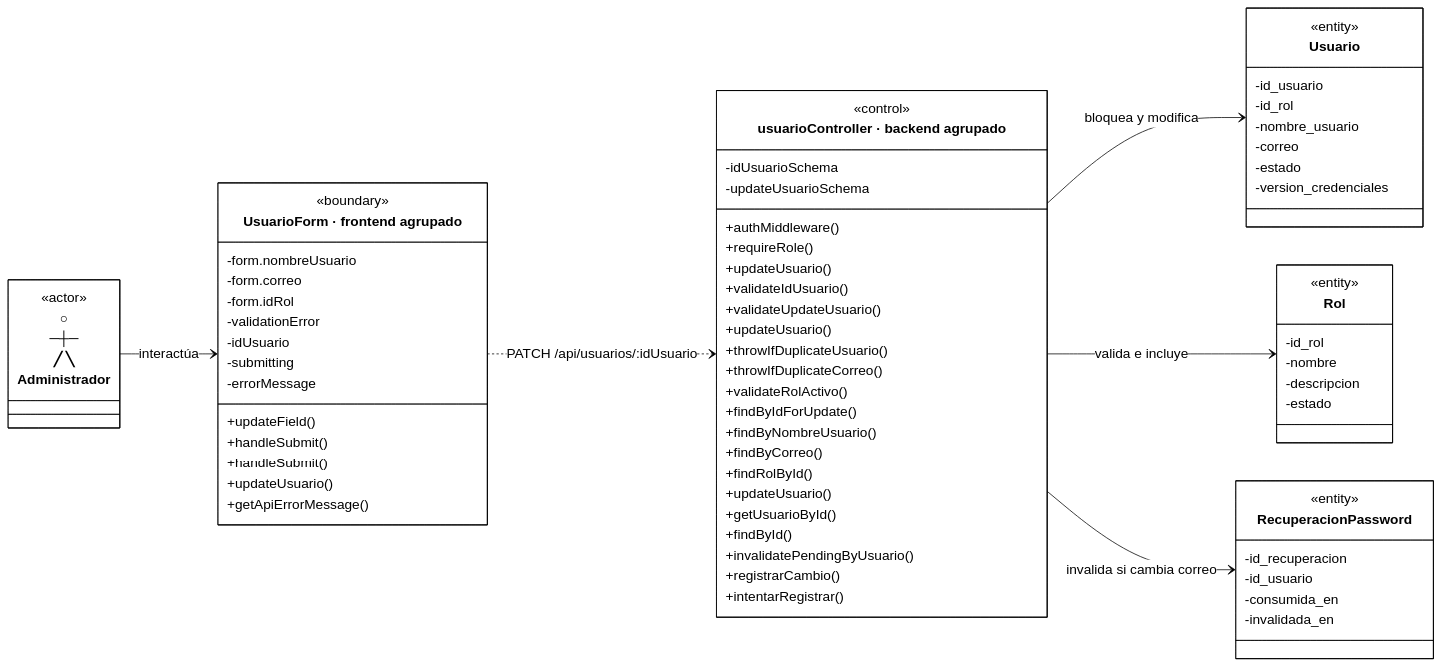
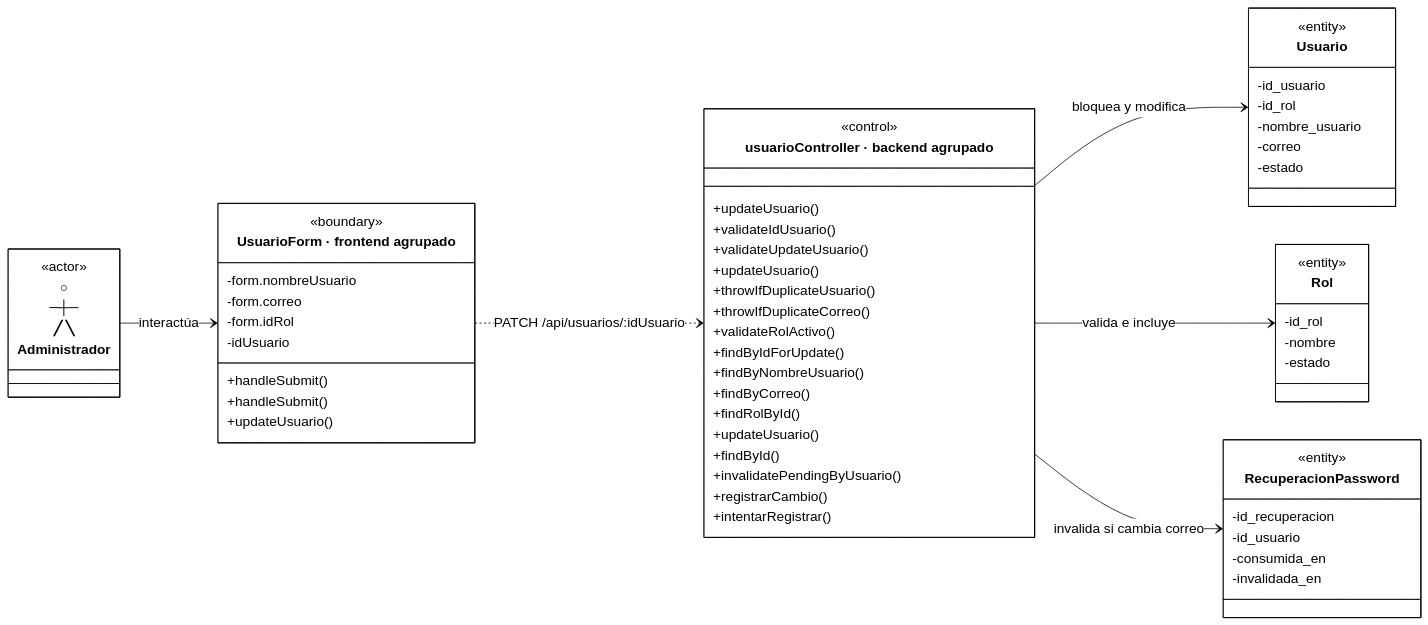
Before and after one commit to CreepyBowDev/cadefar-inventory-system: the sixth of 35 diagrams in docs/ai/analisis-clases-academico-simplificado.md, drawn with Mermaid. The commit also changed other lines of this file, not shown here.

````diff
--- a/docs/ai/analisis-clases-academico-simplificado.md
+++ b/docs/ai/analisis-clases-academico-simplificado.md
@@ -448,82 +410,70 @@
 ```mermaid
-%%{init: {"theme":"base","htmlLabels":true,"markdownAutoWrap":false,"class":{"useMaxWidth":false},"themeCSS":".node.actor .label-container path{stroke:none!important;fill:none!important;} .node.actor .divider{display:none;} .nodeLabel{color:#000000!important;} .node .label div{display:table-cell!important;white-space:nowrap!important;max-width:none!important;} .control .methods-group .label:nth-child(3) p::after{content:\" [controller]\";} .control .methods-group .label:nth-child(6) p::after{content:\" [service]\";} .control .methods-group .label:nth-child(18) p::after{content:\" [auditoria]\";} .control .methods-group .label:nth-child(19) p::after{content:\" [auditoria]\";}","themeVariables":{"background":"#ffffff","primaryColor":"#ffffff","primaryTextColor":"#000000","primaryBorderColor":"#000000","secondaryColor":"#ffffff","tertiaryColor":"#ffffff","lineColor":"#000000","textColor":"#000000","fontFamily":"Arial","fontSize":"18px"}}}%%
+%%{init: {"theme":"base","htmlLabels":true,"markdownAutoWrap":false,"class":{"useMaxWidth":false},"themeCSS":".node.actor .label-container path{stroke:none!important;fill:none!important;} .node.actor .divider{display:none;} .nodeLabel{color:#000000!important;} .node .label div{display:table-cell!important;white-space:nowrap!important;max-width:none!important;} .control .methods-group .label:nth-child(1) p::after{content:\" [controller]\";}.control .methods-group .label:nth-child(4) p::after{content:\" [service]\";}.control .methods-group .label:nth-child(15) p::after{content:\" [auditoria]\";}.control .methods-group .label:nth-child(16) p::after{content:\" [auditoria]\";}","themeVariables":{"background":"#ffffff","primaryColor":"#ffffff","primaryTextColor":"#000000","primaryBorderColor":"#000000","secondaryColor":"#ffffff","tertiaryColor":"#ffffff","lineColor":"#000000","textColor":"#000000","fontFamily":"Arial","fontSize":"18px"}}}%%
 %%{init: {"state":{"useMaxWidth":false}}}%%
 classDiagram
     direction LR
     class Administrador["○<br/>─┼─<br/>╱ ╲<br/>Administrador"]
     class Administrador { <<actor>> }
     class Boundary["UsuarioForm · frontend agrupado"] {
         <<boundary>>
         -form.nombreUsuario
         -form.correo
         -form.idRol
-        -validationError
         -idUsuario
-        -submitting
-        -errorMessage
-        +updateField()
         +handleSubmit()
         +handleSubmit()
         +updateUsuario()
-        +getApiErrorMessage()
     }
     class Control["usuarioController · backend agrupado"] {
         <<control>>
-        -idUsuarioSchema
-        -updateUsuarioSchema
-        +authMiddleware()
-        +requireRole()
         %% updateUsuario() [controller]
         +updateUsuario()
         +validateIdUsuario()
         +validateUpdateUsuario()
         %% updateUsuario() [service]
         +updateUsuario()
         +throwIfDuplicateUsuario()
         +throwIfDuplicateCorreo()
         +validateRolActivo()
         +findByIdForUpdate()
         +findByNombreUsuario()
         +findByCorreo()
         +findRolById()
         +updateUsuario()
-        +getUsuarioById()
         +findById()
         +invalidatePendingByUsuario()
         %% registrarCambio() [auditoria]
         +registrarCambio()
         %% intentarRegistrar() [auditoria]
         +intentarRegistrar()
     }
     class Usuario {
         <<entity>>
         -id_usuario
         -id_rol
         -nombre_usuario
         -correo
         -estado
-        -version_credenciales
     }
     class Rol {
         <<entity>>
         -id_rol
         -nombre
-        -descripcion
         -estado
     }
     class RecuperacionPassword {
         <<entity>>
         -id_recuperacion
         -id_usuario
         -consumida_en
         -invalidada_en
     }
     Administrador --> Boundary : interactúa
     Boundary ..> Control : PATCH /api/usuarios/#58;idUsuario
     Control --> Usuario : bloquea y modifica
     Control --> Rol : valida e incluye
     Control --> RecuperacionPassword : invalida si cambia correo
     cssClass "Control" control
     classDef actor fill:#ffffff,stroke-width:0px,color:#000000
     cssClass "Administrador" actor
 ```
````
